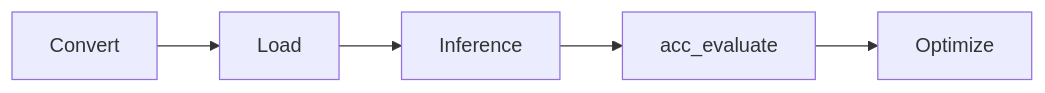
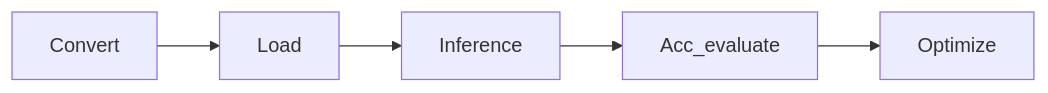
The diagram in developer_document.md (intel/neural-speed), drawn with Mermaid before and after one commit.

Commit message:
fix format error

````diff
--- a/developer_document.md
+++ b/developer_document.md
@@ -71,7 +71,7 @@
 ```mermaid
 graph LR;
     Convert-->Load;
     Load-->Inference;
-    Inference-->acc_evaluate;
-    acc_evaluate-->Optimize;
+    Inference-->Acc_evaluate;
+    Acc_evaluate-->Optimize;
 ```
````
